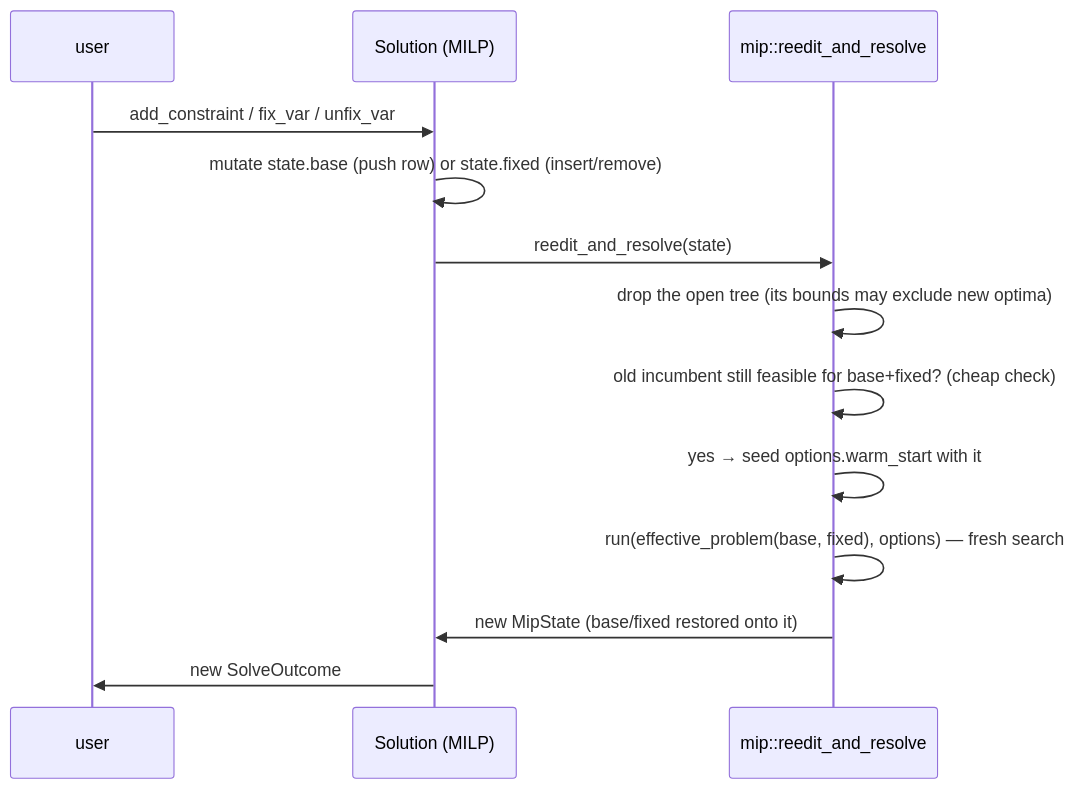
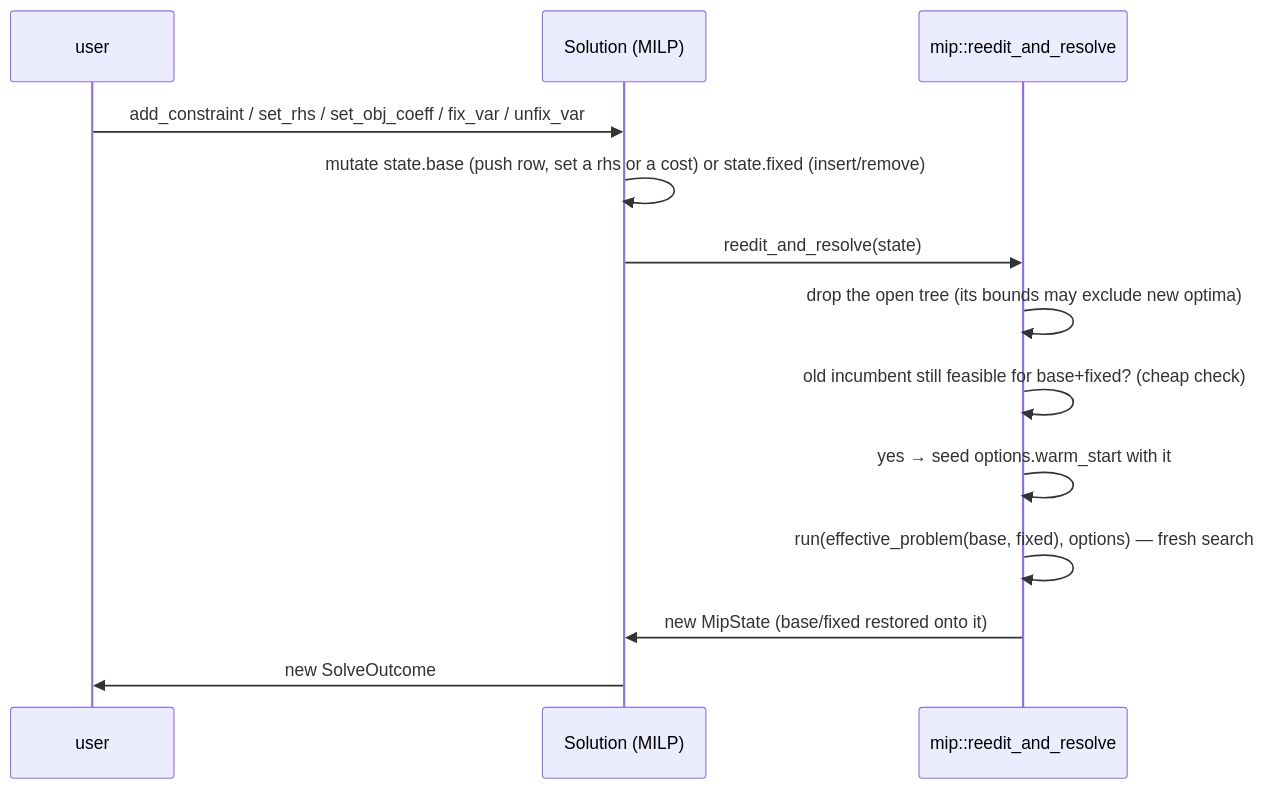
One commit to Specy/microlp changed the third of 3 diagrams in src/ARCHITECTURE.md. Above: the diagram before and after it, drawn with Mermaid. The commit also changed other lines of this file and 19 other files, not shown here.

````diff
--- a/src/ARCHITECTURE.md
+++ b/src/ARCHITECTURE.md
@@ -626,15 +665,15 @@
 ```mermaid
 sequenceDiagram
     participant U as user
     participant S as Solution (MILP)
     participant M as mip::reedit_and_resolve
-    U->>S: add_constraint / fix_var / unfix_var
-    S->>S: mutate state.base (push row) or state.fixed (insert/remove)
+    U->>S: add_constraint / set_rhs / set_obj_coeff / fix_var / unfix_var
+    S->>S: mutate state.base (push row, set a rhs or a cost) or state.fixed (insert/remove)
     S->>M: reedit_and_resolve(state)
     M->>M: drop the open tree (its bounds may exclude new optima)
     M->>M: old incumbent still feasible for base+fixed? (cheap check)
     M->>M: yes → seed options.warm_start with it
     M->>M: run(effective_problem(base, fixed), options) — fresh search
     M->>S: new MipState (base/fixed restored onto it)
     S->>U: new SolveOutcome
 ```
````
